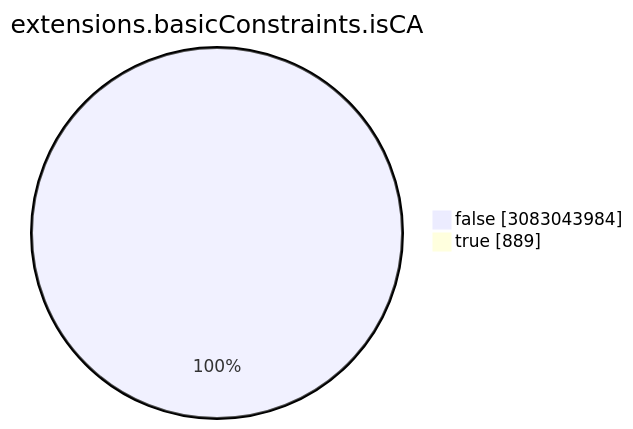
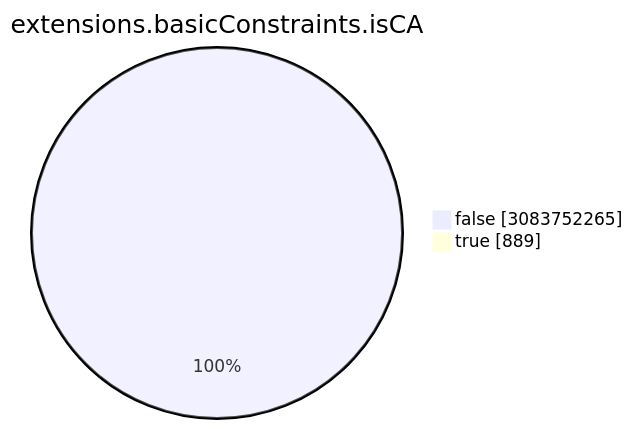
One commit to christiankrug/ctmonitor_visualization changed the seventh of 15 diagrams in TOTAL/README.md. Above: the diagram before and after it, drawn with Mermaid. The commit also changed other lines of this file, not shown here.

````diff
--- a/TOTAL/README.md
+++ b/TOTAL/README.md
@@ -3088,6 +3088,6 @@
 ```mermaid
 pie showData
 title extensions.basicConstraints.isCA
-"false" :3083043984
+"false" :3083752265
 "true" :889
 ```
````
